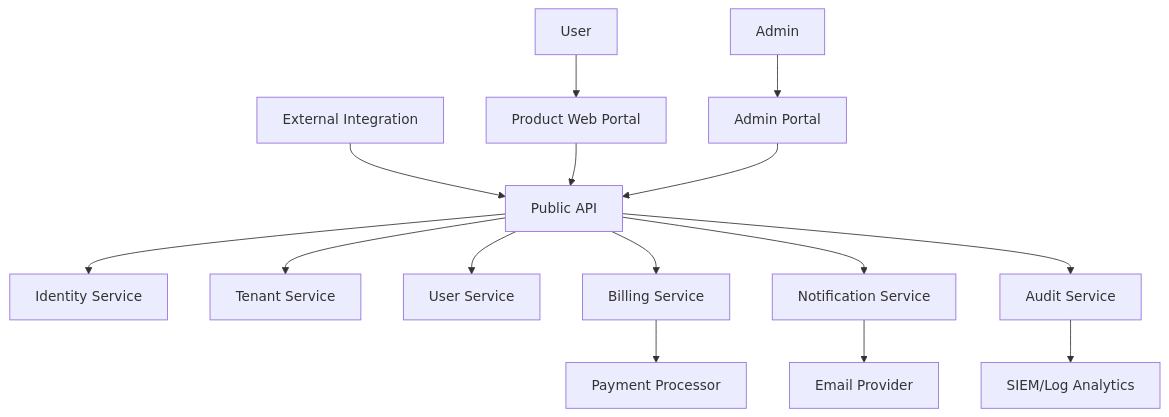
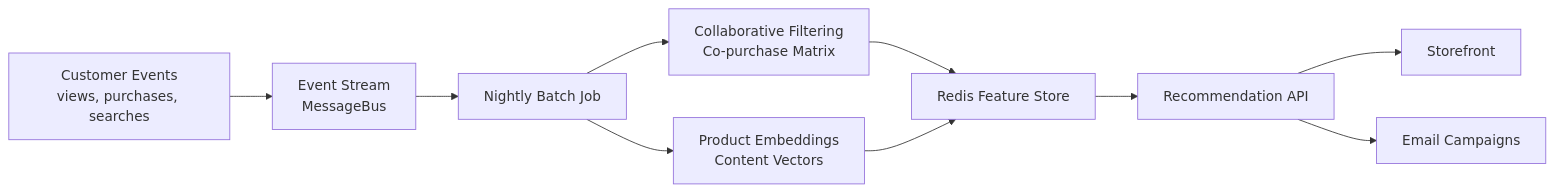
Before and after one commit to abiolaogu/ERP-eCommerce: the third of 3 diagrams in docs/01-architecture/HLD.md, drawn with Mermaid. The commit also changed other lines of this file and 39 other files, not shown here.

````diff
--- a/docs/01-architecture/HLD.md
+++ b/docs/01-architecture/HLD.md
@@ -5,20 +283,12 @@
 ```mermaid
-flowchart TB
-  User[User] --> WebPortal[Product Web Portal]
-  Admin[Admin] --> AdminPortal[Admin Portal]
-  Integration[External Integration] --> API[Public API]
-
-  WebPortal --> API
-  AdminPortal --> API
-
-  API --> IdentitySvc[Identity Service]
-  API --> TenantSvc[Tenant Service]
-  API --> UserSvc[User Service]
-  API --> BillingSvc[Billing Service]
-  API --> NotificationSvc[Notification Service]
-  API --> AuditSvc[Audit Service]
-
-  BillingSvc --> PaymentGateway[Payment Processor]
-  NotificationSvc --> EmailProvider[Email Provider]
-  AuditSvc --> SIEM[SIEM/Log Analytics]
+graph LR
+    EVENTS[Customer Events<br/>views, purchases, searches] --> STREAM[Event Stream<br/>MessageBus]
+    STREAM --> BATCH[Nightly Batch Job]
+    BATCH --> CF[Collaborative Filtering<br/>Co-purchase Matrix]
+    BATCH --> EMBED[Product Embeddings<br/>Content Vectors]
+    CF --> CACHE[Redis Feature Store]
+    EMBED --> CACHE
+    CACHE --> API[Recommendation API]
+    API --> SF[Storefront]
+    API --> EMAIL[Email Campaigns]
 ```
````
